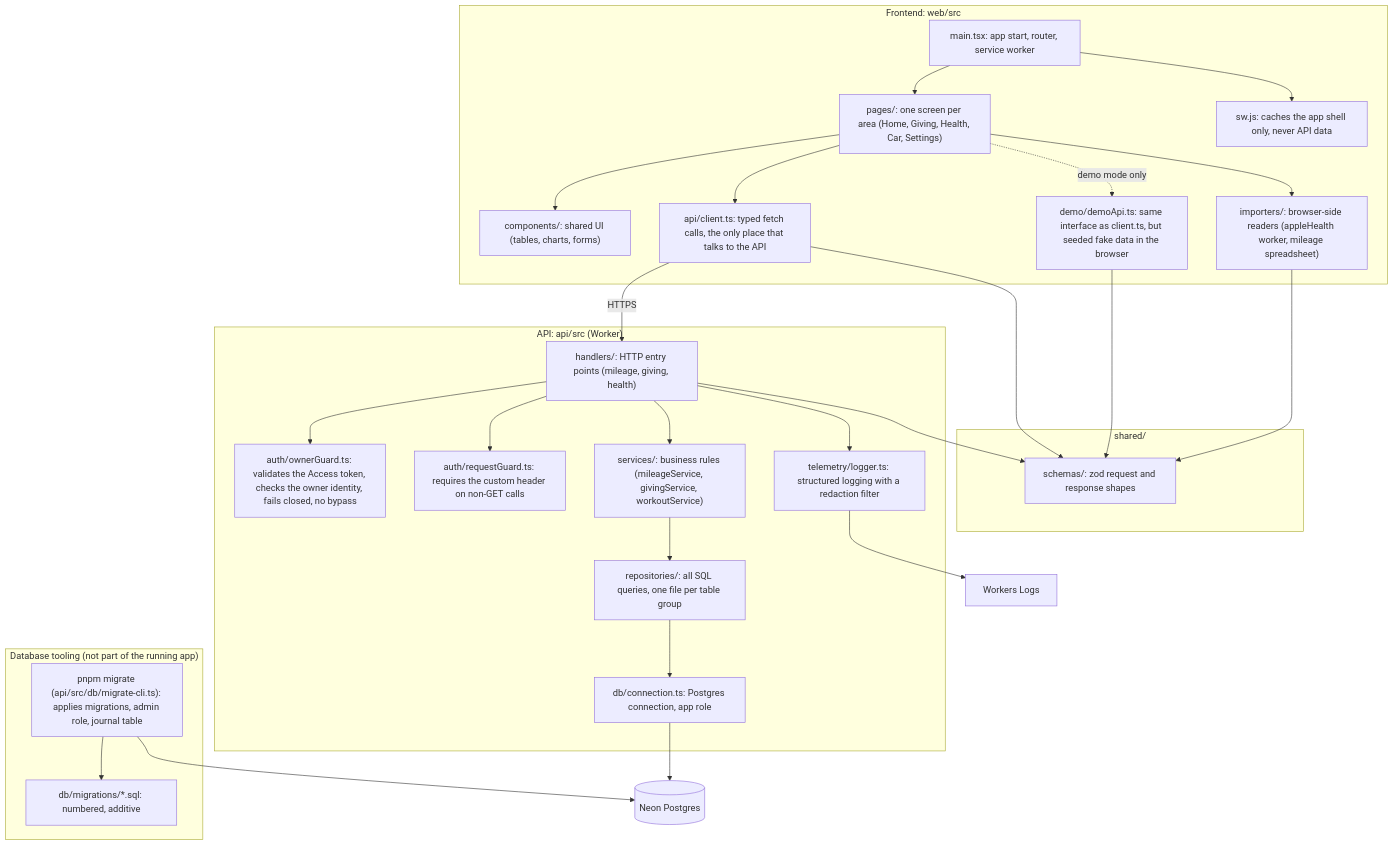
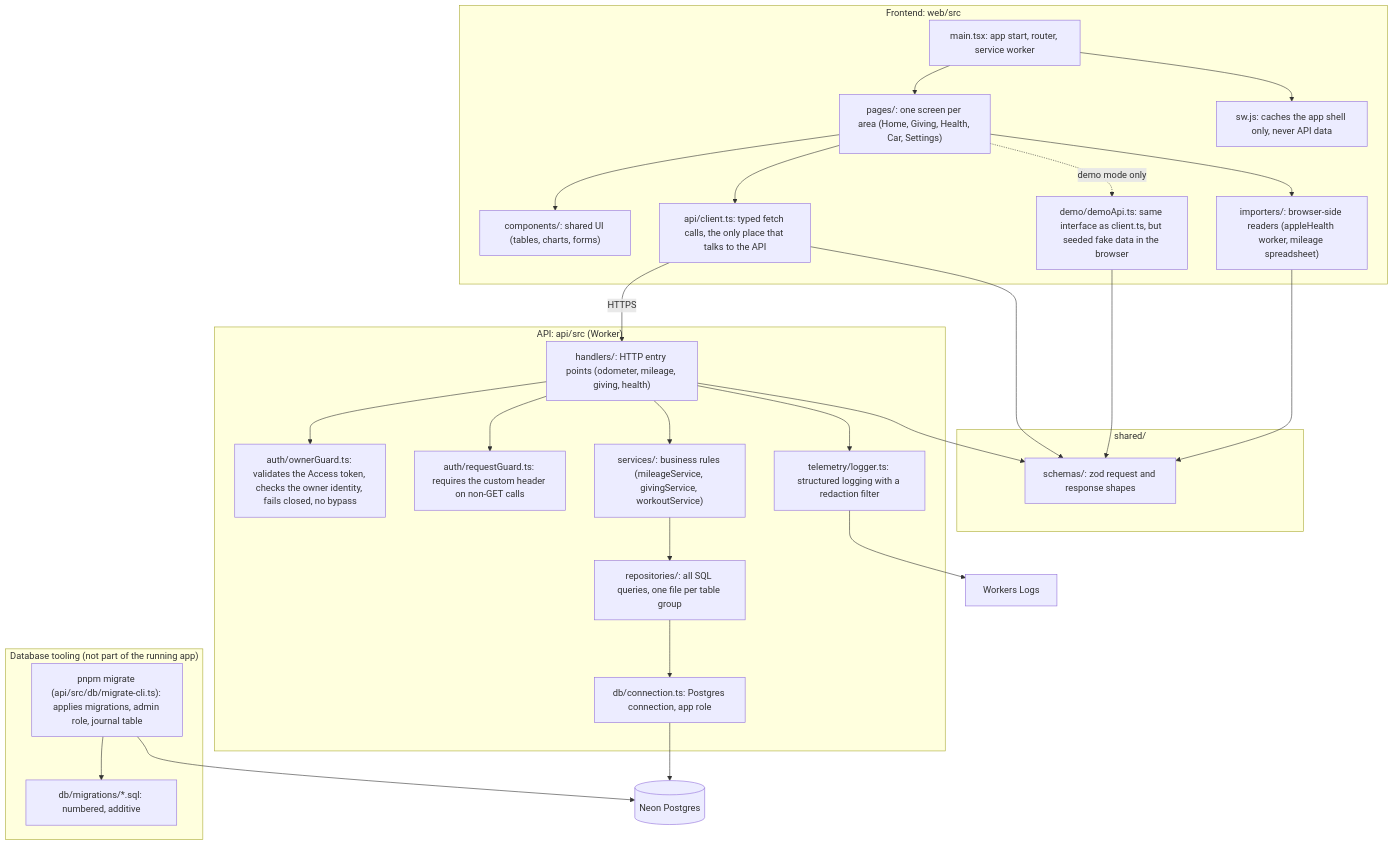
The second of 6 diagrams in ARCHITECTURE.md (githubacct54385/life-tracker), drawn with Mermaid before and after one commit. The commit also changed other lines of this file and 30 other files, not shown here.

````diff
--- a/ARCHITECTURE.md
+++ b/ARCHITECTURE.md
@@ -53,59 +53,59 @@
 ```mermaid
 flowchart TD
     subgraph shared["shared/"]
         schemas["schemas/: zod request and response shapes"]
     end
 
     subgraph web["Frontend: web/src"]
         main["main.tsx: app start, router, service worker"]
         pages["pages/: one screen per area (Home, Giving, Health, Car, Settings)"]
         comps["components/: shared UI (tables, charts, forms)"]
         importers["importers/: browser-side readers (appleHealth worker, mileage spreadsheet)"]
         client["api/client.ts: typed fetch calls, the only place that talks to the API"]
         demo["demo/demoApi.ts: same interface as client.ts, but seeded fake data in the browser"]
         sw["sw.js: caches the app shell only, never API data"]
     end
 
     subgraph fn["API: api/src (Worker)"]
-        handlers["handlers/: HTTP entry points (mileage, giving, health)"]
+        handlers["handlers/: HTTP entry points (odometer, mileage, giving, health)"]
         guard["auth/ownerGuard.ts: validates the Access token, checks the owner identity, fails closed, no bypass"]
         reqguard["auth/requestGuard.ts: requires the custom header on non-GET calls"]
         services["services/: business rules (mileageService, givingService, workoutService)"]
         repos["repositories/: all SQL queries, one file per table group"]
         db["db/connection.ts: Postgres connection, app role"]
         log["telemetry/logger.ts: structured logging with a redaction filter"]
     end
 
     subgraph ops["Database tooling (not part of the running app)"]
         migrations["db/migrations/*.sql: numbered, additive"]
         migrate["pnpm migrate (api/src/db/migrate-cli.ts): applies migrations, admin role, journal table"]
     end
 
     pgdb[("Neon Postgres")]
     wlogs["Workers Logs"]
 
     main --> pages
     main --> sw
     pages --> comps
     pages --> client
     pages --> importers
     pages -. "demo mode only" .-> demo
     client --> schemas
     demo --> schemas
     importers --> schemas
 
     client -- "HTTPS" --> handlers
 
     handlers --> guard
     handlers --> reqguard
     handlers --> schemas
     handlers --> services
     handlers --> log
     services --> repos
     repos --> db
     db --> pgdb
     log --> wlogs
 
     migrate --> migrations
     migrate --> pgdb
 ```
````
